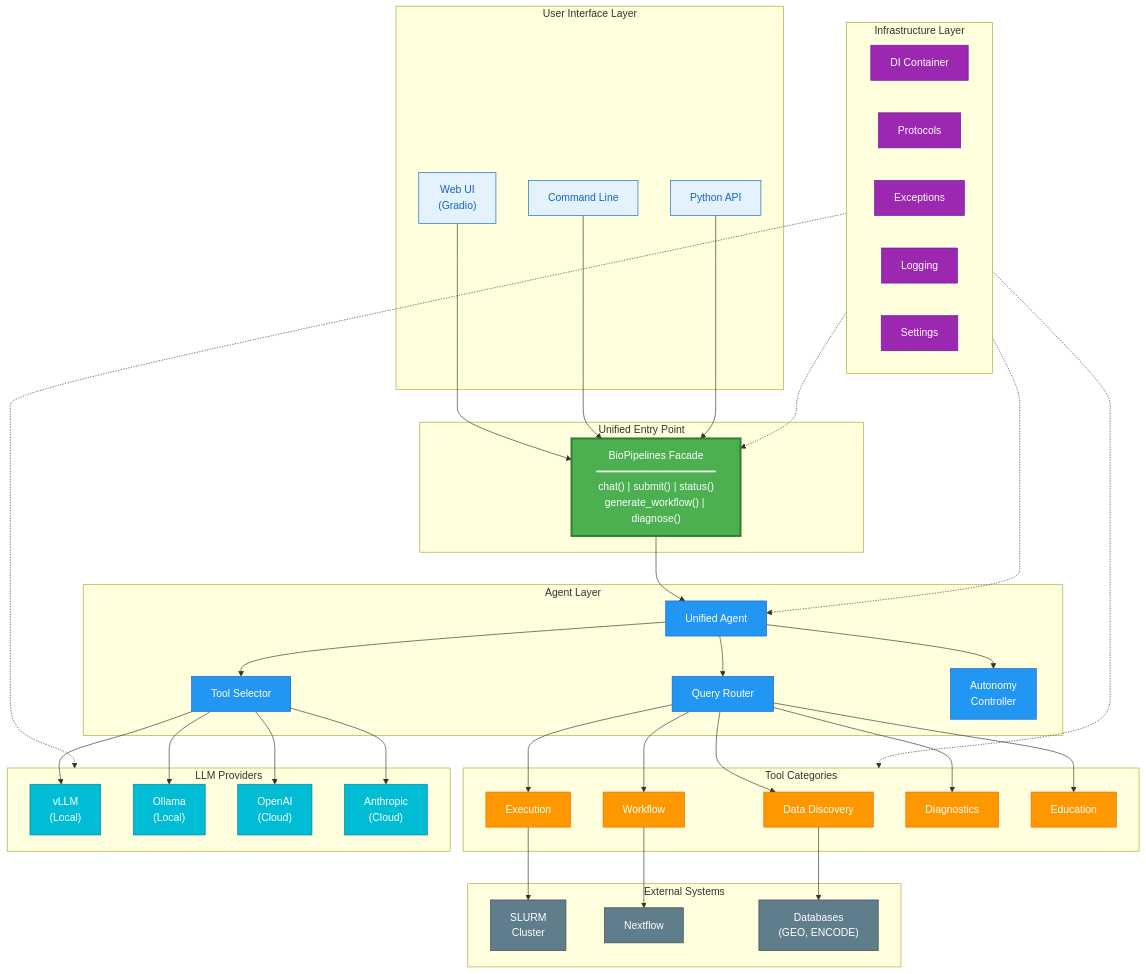
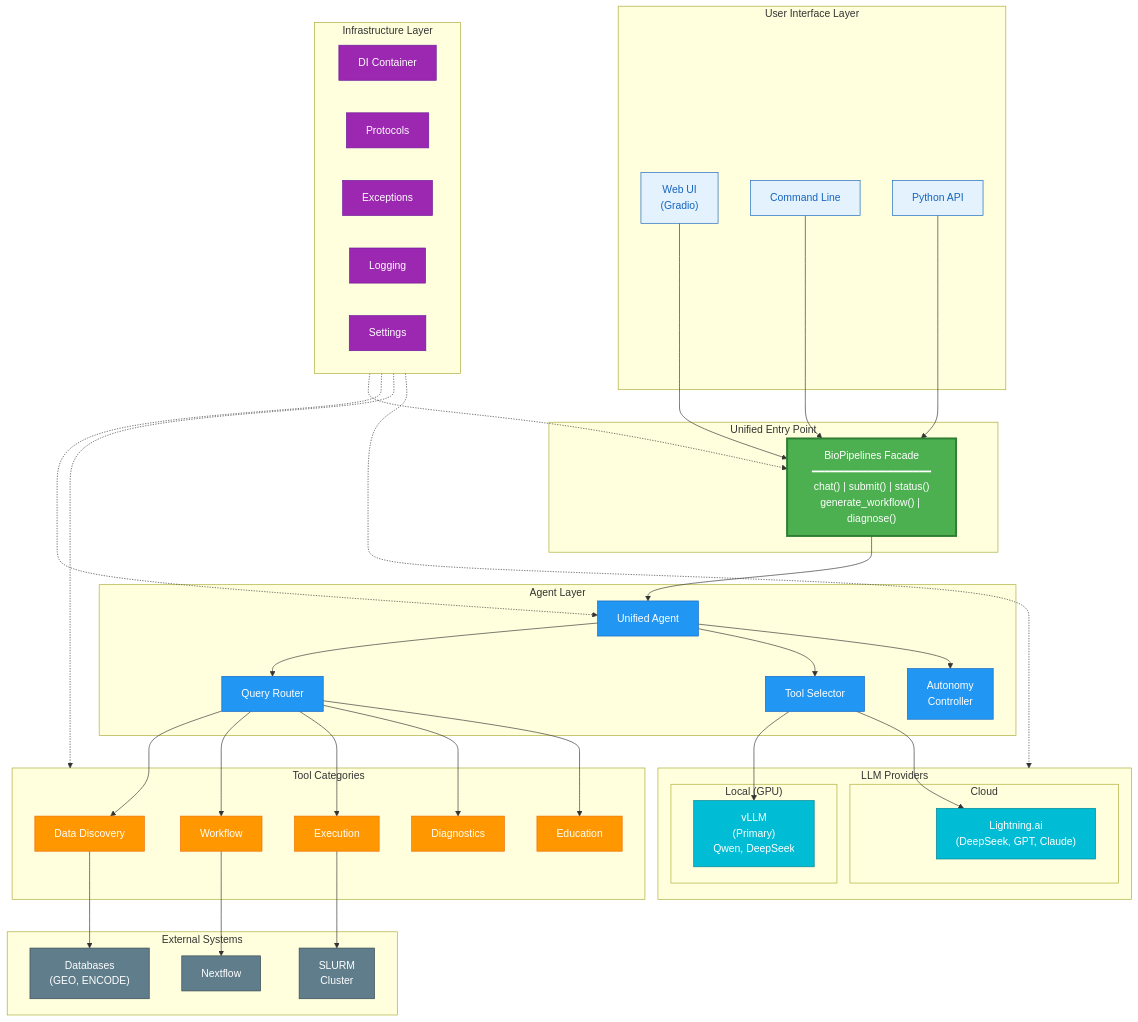
Before and after one commit to sdodlapa/BioPipelines: the diagram in docs/diagrams/architecture.mmd, drawn with Mermaid. The commit also changed 1 other file, not shown here.

Commit message:
docs: Correct LLM providers to reflect actual usage
- vLLM is primary (local GPU inference)
- Lightning.ai is cloud provider (unified access to DeepSeek, GPT, Claude)
- Ollama, OpenAI, Anthropic adapters exist but are not primary
- Updated architecture diagram to show LOCAL vs CLOUD grouping
- Added clarifying note about Lightning.ai unified API

```diff
--- a/docs/diagrams/architecture.mmd
+++ b/docs/diagrams/architecture.mmd
@@ -1,94 +1,94 @@
 %% BioPipelines v2.0 Architecture Diagram
 %% Render with: https://mermaid.live or VS Code Mermaid extension
 
 graph TB
     subgraph UI["User Interface Layer"]
         WebUI["Web UI<br/>(Gradio)"]
         CLI["Command Line"]
         API["Python API"]
     end
 
     subgraph FacadeLayer["Unified Entry Point"]
         Facade["BioPipelines Facade<br/>━━━━━━━━━━━━━━━━━━━<br/>chat() | submit() | status()<br/>generate_workflow() | diagnose()"]
     end
 
     subgraph Agent["Agent Layer"]
         UA["Unified Agent"]
         QR["Query Router"]
         TS["Tool Selector"]
         AC["Autonomy<br/>Controller"]
     end
 
     subgraph Tools["Tool Categories"]
         DD["Data Discovery"]
         WF["Workflow"]
         EX["Execution"]
         DG["Diagnostics"]
         ED["Education"]
     end
 
     subgraph Infra["Infrastructure Layer"]
         DI["DI Container"]
         PR["Protocols"]
         EX2["Exceptions"]
         LG["Logging"]
         ST["Settings"]
     end
 
     subgraph LLM["LLM Providers"]
-        VLLM["vLLM<br/>(Local)"]
-        OL["Ollama<br/>(Local)"]
-        OA["OpenAI<br/>(Cloud)"]
-        AN["Anthropic<br/>(Cloud)"]
+        subgraph Local["Local (GPU)"]
+            VLLM["vLLM<br/>(Primary)<br/>Qwen, DeepSeek"]
+        end
+        subgraph Cloud["Cloud"]
+            LIT["Lightning.ai<br/>(DeepSeek, GPT, Claude)"]
+        end
     end
 
     subgraph External["External Systems"]
         SLURM["SLURM<br/>Cluster"]
         NF["Nextflow"]
         DB["Databases<br/>(GEO, ENCODE)"]
     end
 
     WebUI --> Facade
     CLI --> Facade
     API --> Facade
     Facade --> UA
     
     UA --> QR
     UA --> TS
     UA --> AC
     
     QR --> DD
     QR --> WF
     QR --> EX
     QR --> DG
     QR --> ED
     
     TS --> VLLM
-    TS --> OL
-    TS --> OA
-    TS --> AN
+    TS --> LIT
     
     DD --> DB
     WF --> NF
     EX --> SLURM
     
     Infra -.-> Facade
     Infra -.-> UA
     Infra -.-> Tools
     Infra -.-> LLM
 
     classDef ui fill:#E3F2FD,stroke:#1565C0,color:#1565C0
     classDef facade fill:#4CAF50,stroke:#2E7D32,color:white,stroke-width:3px
     classDef agent fill:#2196F3,stroke:#1565C0,color:white
     classDef tool fill:#FF9800,stroke:#EF6C00,color:white
     classDef infra fill:#9C27B0,stroke:#6A1B9A,color:white
     classDef llm fill:#00BCD4,stroke:#00838F,color:white
     classDef external fill:#607D8B,stroke:#37474F,color:white
 
     class WebUI,CLI,API ui
     class Facade facade
     class UA,QR,TS,AC agent
     class DD,WF,EX,DG,ED tool
     class DI,PR,EX2,LG,ST infra
-    class VLLM,OL,OA,AN llm
+    class VLLM,LIT llm
     class SLURM,NF,DB external
```
